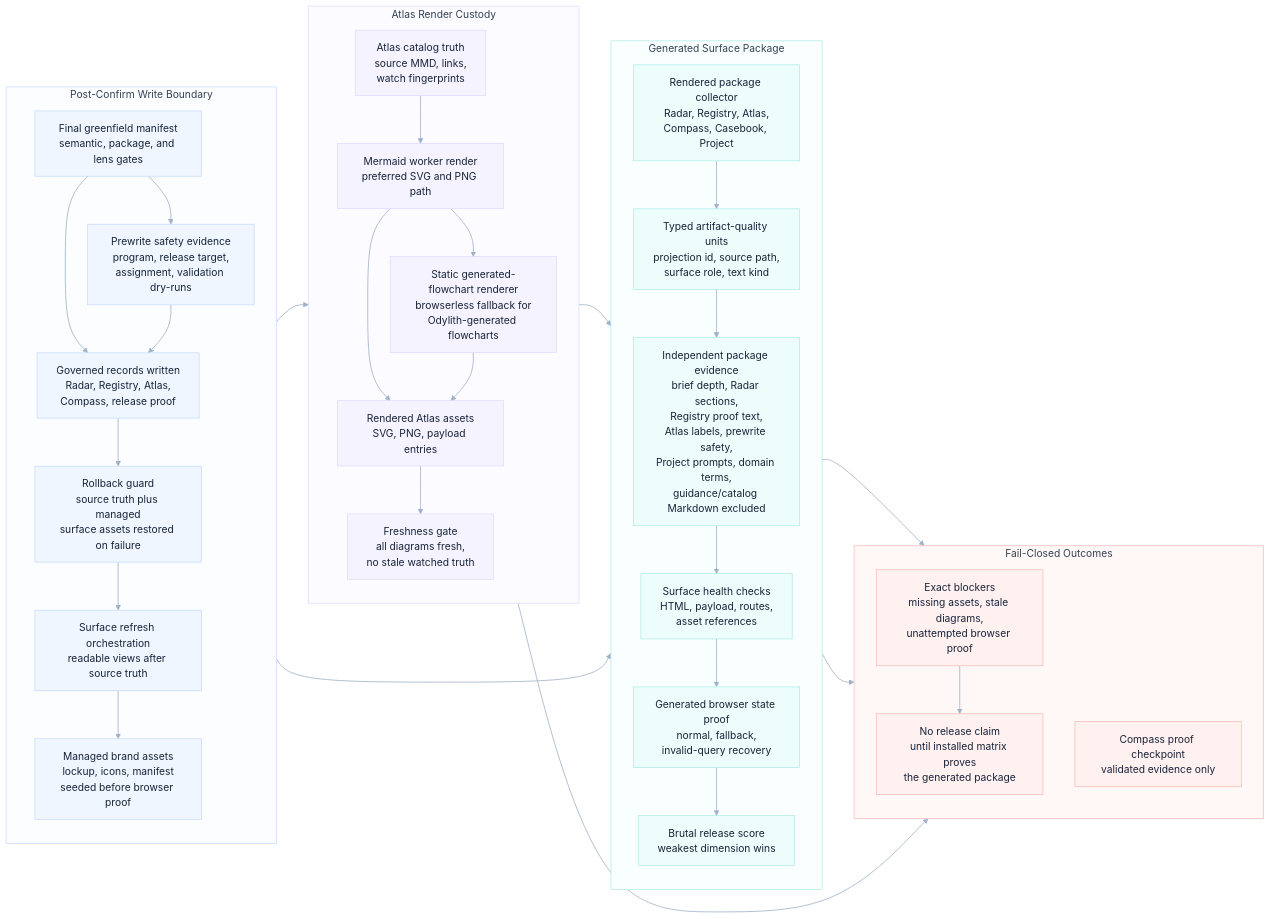
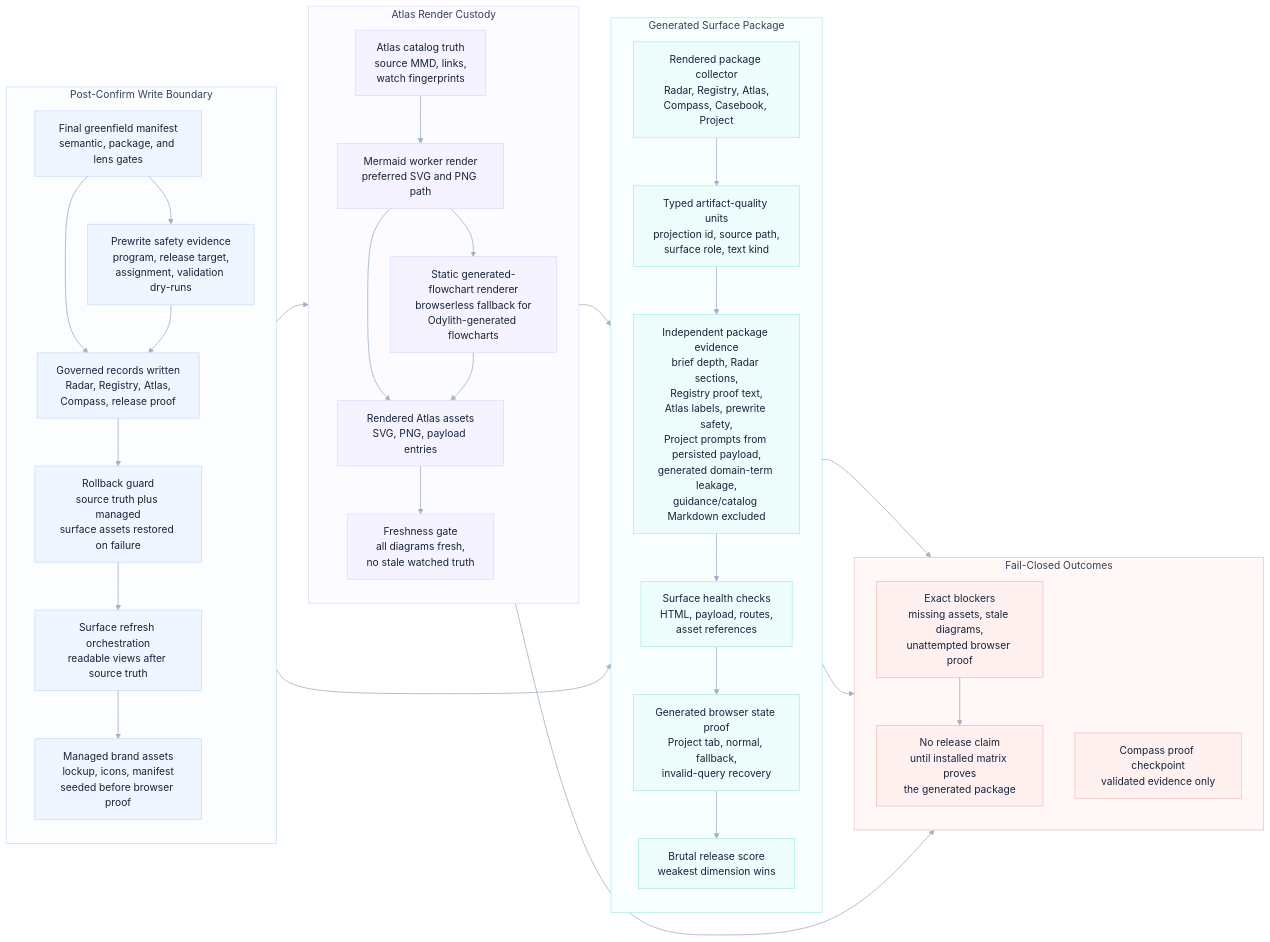
Before and after one commit to odylith/odylith: the diagram in odylith/atlas/source/greenfield-rendered-surface-and-static-atlas-custody.mmd, drawn with Mermaid. The commit also changed 36 other files, not shown here.

```diff
--- a/odylith/atlas/source/greenfield-rendered-surface-and-static-atlas-custody.mmd
+++ b/odylith/atlas/source/greenfield-rendered-surface-and-static-atlas-custody.mmd
@@ -1,75 +1,75 @@
 flowchart LR
     subgraph write_lane["Post-Confirm Write Boundary"]
       direction TB
       final_manifest["Final greenfield manifest<br/>semantic, package, and lens gates"]
       prewrite_safety["Prewrite safety evidence<br/>program, release target,<br/>assignment, validation dry-runs"]
       governed_write["Governed records written<br/>Radar, Registry, Atlas,<br/>Compass, release proof"]
       rollback_guard["Rollback guard<br/>source truth plus managed<br/>surface assets restored on failure"]
       dashboard_refresh["Surface refresh orchestration<br/>readable views after source truth"]
       brand_assets["Managed brand assets<br/>lockup, icons, manifest<br/>seeded before browser proof"]
     end
 
     subgraph atlas_lane["Atlas Render Custody"]
       direction TB
       catalog_truth["Atlas catalog truth<br/>source MMD, links,<br/>watch fingerprints"]
       mermaid_worker["Mermaid worker render<br/>preferred SVG and PNG path"]
       static_renderer["Static generated-flowchart renderer<br/>browserless fallback for<br/>Odylith-generated flowcharts"]
       rendered_assets["Rendered Atlas assets<br/>SVG, PNG, payload entries"]
       freshness_gate["Freshness gate<br/>all diagrams fresh,<br/>no stale watched truth"]
     end
 
     subgraph surface_lane["Generated Surface Package"]
       direction TB
       rendered_package["Rendered package collector<br/>Radar, Registry, Atlas,<br/>Compass, Casebook, Project"]
       typed_units["Typed artifact-quality units<br/>projection id, source path,<br/>surface role, text kind"]
-      evidence_readback["Independent package evidence<br/>brief depth, Radar sections,<br/>Registry proof text,<br/>Atlas labels, prewrite safety,<br/>Project prompts, domain terms,<br/>guidance/catalog Markdown excluded"]
+      evidence_readback["Independent package evidence<br/>brief depth, Radar sections,<br/>Registry proof text,<br/>Atlas labels, prewrite safety,<br/>Project prompts from persisted payload,<br/>generated domain-term leakage,<br/>guidance/catalog Markdown excluded"]
       surface_health["Surface health checks<br/>HTML, payload, routes,<br/>asset references"]
-      browser_state["Generated browser state proof<br/>normal, fallback,<br/>invalid-query recovery"]
+      browser_state["Generated browser state proof<br/>Project tab, normal, fallback,<br/>invalid-query recovery"]
       hard_score["Brutal release score<br/>weakest dimension wins"]
     end
 
     subgraph blocker_lane["Fail-Closed Outcomes"]
       direction TB
       exact_blockers["Exact blockers<br/>missing assets, stale diagrams,<br/>unattempted browser proof"]
       no_release_claim["No release claim<br/>until installed matrix proves<br/>the generated package"]
       proof_checkpoint["Compass proof checkpoint<br/>validated evidence only"]
     end
 
     final_manifest --> governed_write
     final_manifest --> prewrite_safety
     prewrite_safety --> governed_write
     governed_write --> rollback_guard
     rollback_guard --> dashboard_refresh
     dashboard_refresh --> brand_assets
     brand_assets --> surface_health
     dashboard_refresh --> catalog_truth
     catalog_truth --> mermaid_worker
     mermaid_worker --> rendered_assets
     mermaid_worker --> static_renderer
     static_renderer --> rendered_assets
     rendered_assets --> freshness_gate
     freshness_gate --> rendered_package
     rendered_package --> typed_units
     typed_units --> evidence_readback
     evidence_readback --> surface_health
     surface_health --> browser_state
     browser_state --> hard_score
     hard_score --> proof_checkpoint
     freshness_gate --> exact_blockers
     surface_health --> exact_blockers
     exact_blockers --> no_release_claim
 
     classDef write fill:#EFF6FF,stroke:#BFD7FE,color:#17233A,stroke-width:1px;
     classDef atlas fill:#F5F3FF,stroke:#DDD6FE,color:#17233A,stroke-width:1px;
     classDef surface fill:#ECFDFB,stroke:#A7E9E3,color:#17233A,stroke-width:1px;
     classDef blocker fill:#FFF1F0,stroke:#F7B4AE,color:#17233A,stroke-width:1px;
     class final_manifest,prewrite_safety,governed_write,rollback_guard,dashboard_refresh,brand_assets write;
     class catalog_truth,mermaid_worker,static_renderer,rendered_assets,freshness_gate atlas;
     class rendered_package,typed_units,evidence_readback,surface_health,browser_state,hard_score surface;
     class exact_blockers,no_release_claim,proof_checkpoint blocker;
 
     style write_lane fill:#FBFDFF,stroke:#BFD7FE,stroke-width:1px,color:#334155
     style atlas_lane fill:#FCFBFF,stroke:#DDD6FE,stroke-width:1px,color:#334155
     style surface_lane fill:#F8FFFE,stroke:#A7E9E3,stroke-width:1px,color:#334155
     style blocker_lane fill:#FFF8F7,stroke:#F7B4AE,stroke-width:1px,color:#334155
     linkStyle default stroke:#9FB2C8,stroke-width:1.25px
```
